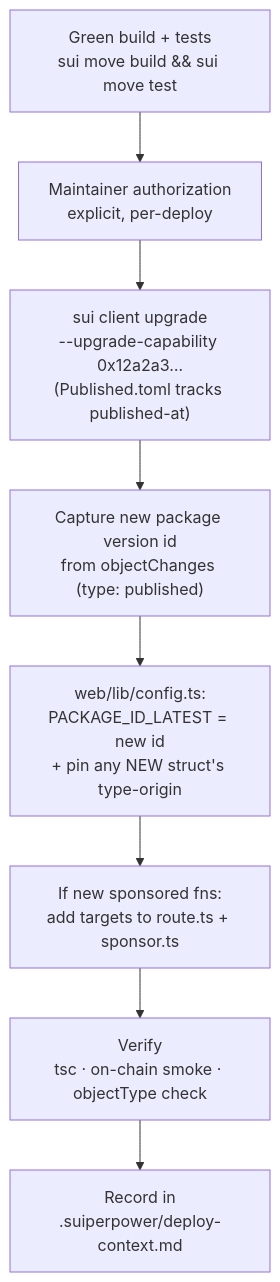
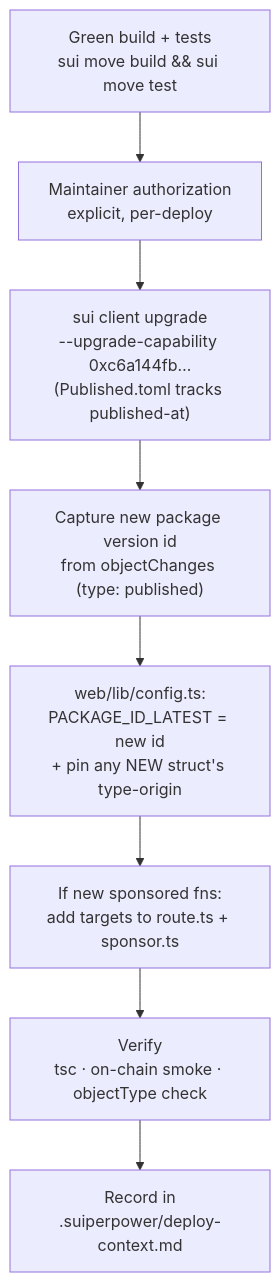
Before and after one commit to hostit-events/hostit-sui: the diagram in DEPLOYING.md, drawn with Mermaid. The commit also changed other lines of this file and 1 other file, not shown here.

````diff
--- a/DEPLOYING.md
+++ b/DEPLOYING.md
@@ -36,10 +36,10 @@
 ```mermaid
 flowchart TD
   A["Green build + tests<br/>sui move build &amp;&amp; sui move test"] --> B["Maintainer authorization<br/>explicit, per-deploy"]
-  B --> C["sui client upgrade<br/>--upgrade-capability 0x12a2a3…<br/>(Published.toml tracks published-at)"]
+  B --> C["sui client upgrade<br/>--upgrade-capability 0xc6a144fb…<br/>(Published.toml tracks published-at)"]
   C --> D["Capture new package version id<br/>from objectChanges (type: published)"]
   D --> E["web/lib/config.ts:<br/>PACKAGE_ID_LATEST = new id<br/>+ pin any NEW struct's type-origin"]
   E --> F["If new sponsored fns:<br/>add targets to route.ts + sponsor.ts"]
   F --> G["Verify<br/>tsc · on-chain smoke · objectType check"]
   G --> H["Record in<br/>.suiperpower/deploy-context.md"]
 ```
````
